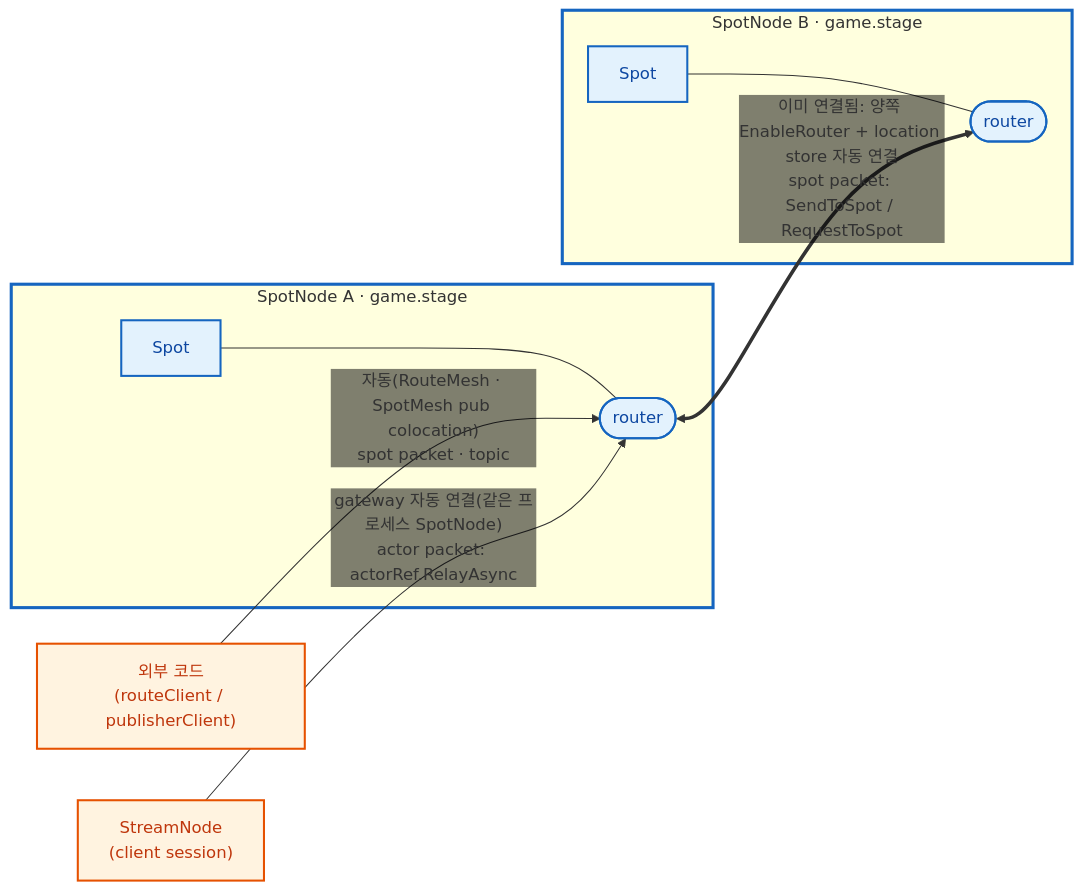
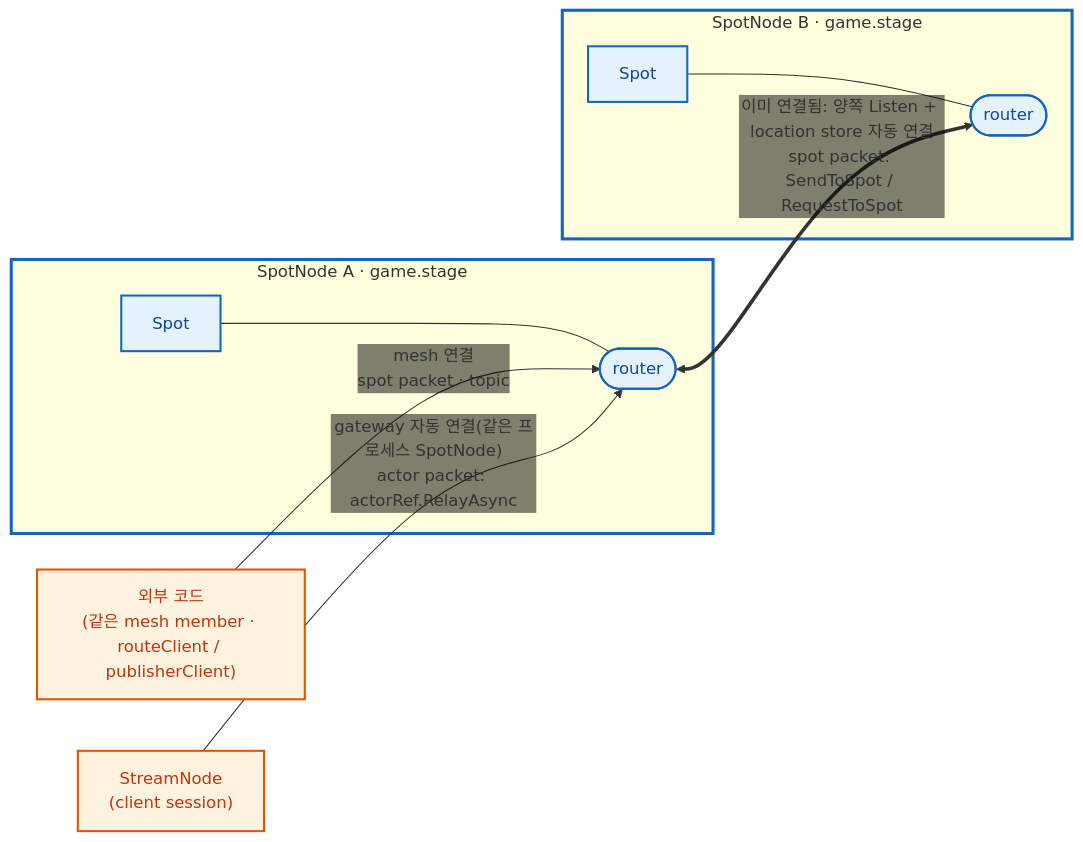
One commit to kairos-code-dev/zlink changed the seventh of 8 diagrams in framework/doc/framework/dotnet/guide/06-spot.ko.md. Above: the diagram before and after it, drawn with Mermaid. The commit also changed other lines of this file and 7 other files, not shown here.

````diff
--- a/framework/doc/framework/dotnet/guide/06-spot.ko.md
+++ b/framework/doc/framework/dotnet/guide/06-spot.ko.md
@@ -856,19 +853,19 @@
 ```mermaid
 %%{init: {'themeVariables': {'edgeLabelBackground':'transparent'}}}%%
 flowchart LR
   subgraph nodeA["SpotNode A · game.stage"]
     spotA["Spot"] --- rA(["router"])
   end
   subgraph nodeB["SpotNode B · game.stage"]
     spotB["Spot"] --- rB(["router"])
   end
-  rA <==>|"이미 연결됨: 양쪽 EnableRouter + location store 자동 연결<br/>spot packet: SendToSpot / RequestToSpot"| rB
-  api["외부 코드<br/>(routeClient / publisherClient)"] -->|"자동(RouteMesh · SpotMesh pub colocation)<br/>spot packet · topic"| rA
+  rA <==>|"이미 연결됨: 양쪽 Listen + location store 자동 연결<br/>spot packet: SendToSpot / RequestToSpot"| rB
+  api["외부 코드<br/>(같은 mesh member · routeClient / publisherClient)"] -->|"mesh 연결<br/>spot packet · topic"| rA
   strm["StreamNode<br/>(client session)"] -->|"gateway 자동 연결(같은 프로세스 SpotNode)<br/>actor packet: actorRef.RelayAsync"| rA
   classDef ownMesh fill:#e3f2fd,stroke:#1565c0,stroke-width:2px,color:#0d47a1;
   classDef ext fill:#fff3e0,stroke:#e65100,stroke-width:2px,color:#bf360c;
   class spotA,spotB,rA,rB ownMesh;
   class api,strm ext;
   style nodeA stroke:#1565c0,stroke-width:3px
   style nodeB stroke:#1565c0,stroke-width:3px
 ```
````
